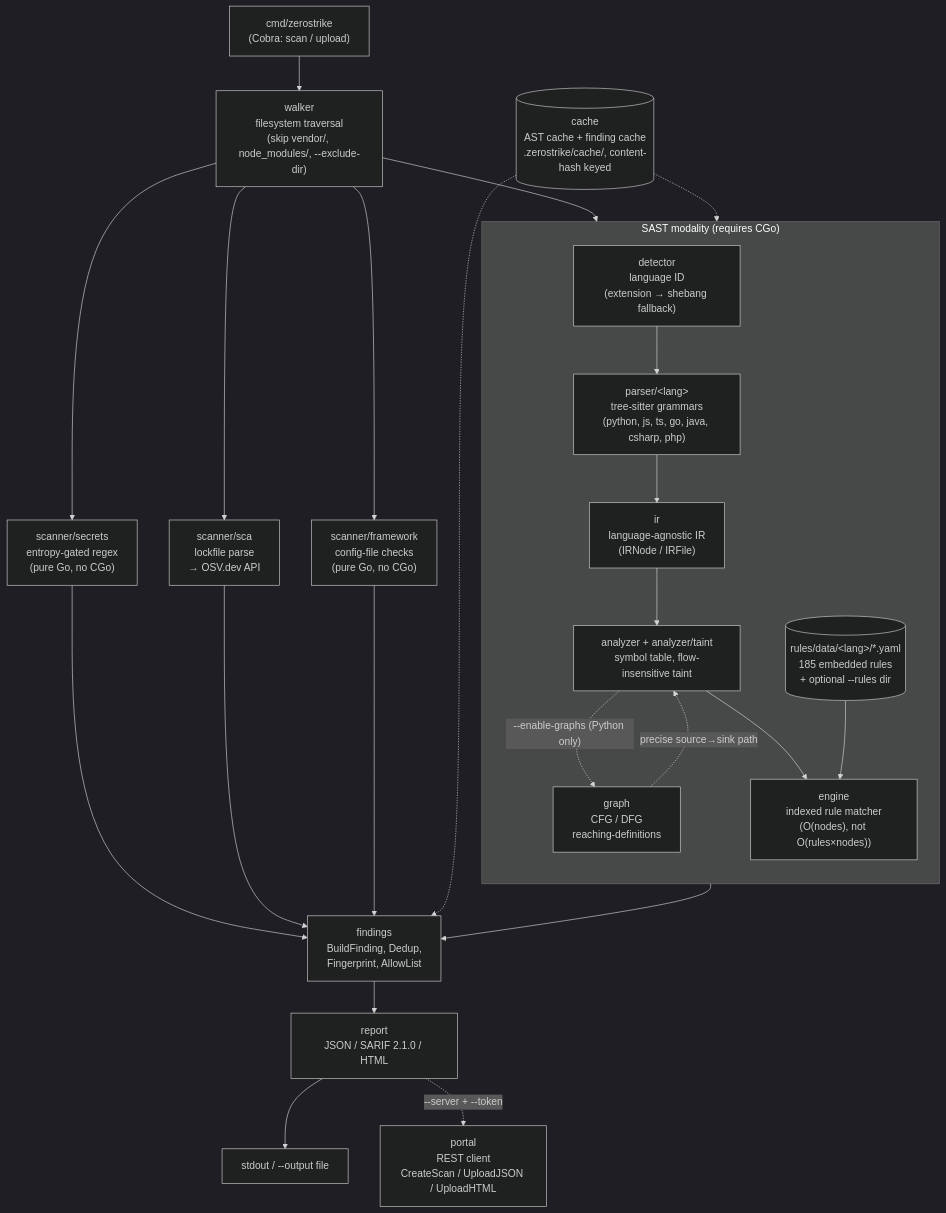
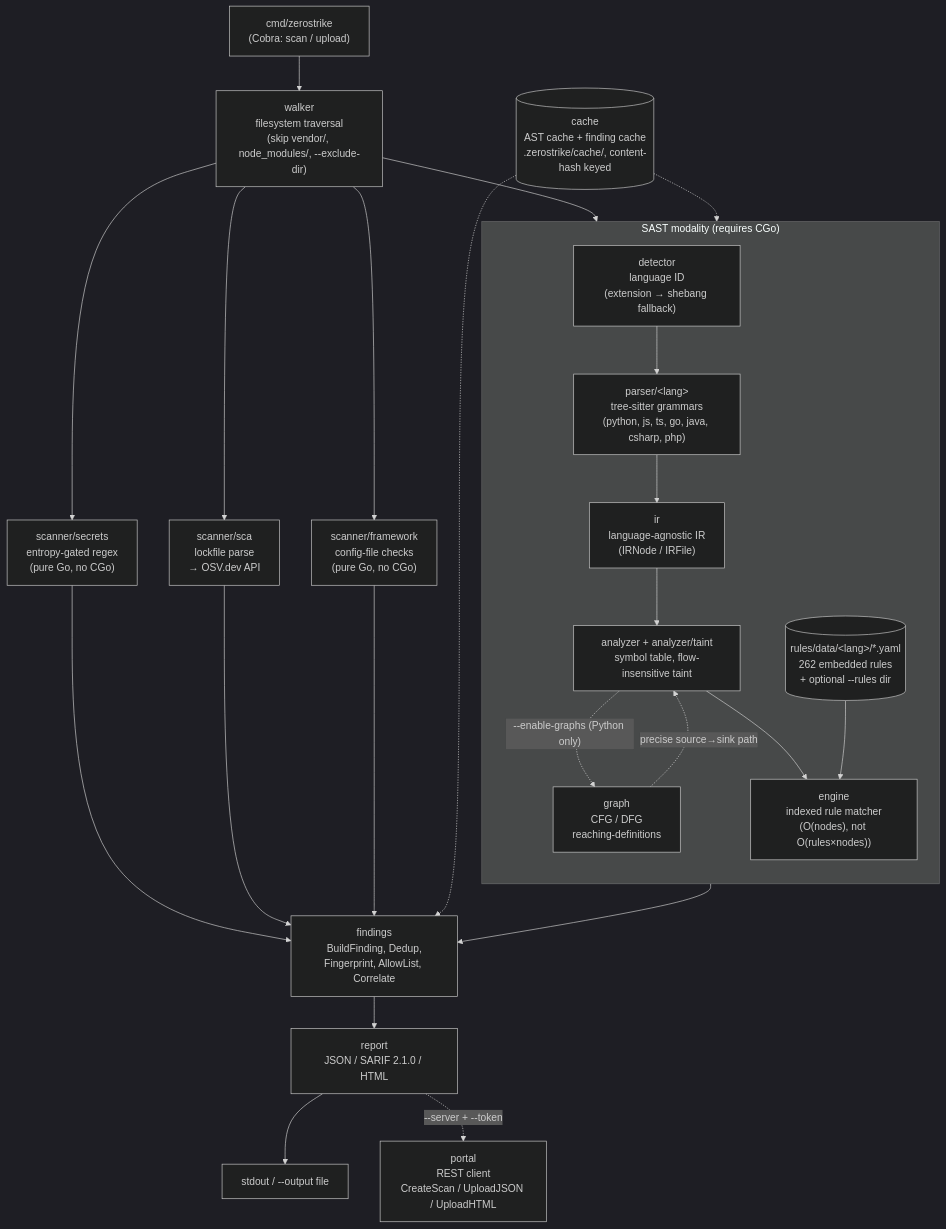
Before and after one commit to Mohamedashmar432/zero-strike-SAST-engine: the diagram in README.md, drawn with Mermaid (dark theme). The commit also changed other lines of this file, not shown here.

````diff
--- a/README.md
+++ b/README.md
@@ -65,35 +66,35 @@
 ```mermaid
 flowchart TD
     CLI["cmd/zerostrike\n(Cobra: scan / upload)"]
 
     CLI --> Walker["walker\nfilesystem traversal\n(skip vendor/, node_modules/, --exclude-dir)"]
 
     Walker --> Detector["detector\nlanguage ID\n(extension → shebang fallback)"]
 
     subgraph SAST["SAST modality (requires CGo)"]
         direction TB
         Detector --> Parser["parser/&lt;lang&gt;\ntree-sitter grammars\n(python, js, ts, go, java, csharp, php)"]
         Parser --> IR["ir\nlanguage-agnostic IR\n(IRNode / IRFile)"]
         IR --> Analyzer["analyzer + analyzer/taint\nsymbol table, flow-insensitive taint"]
         Analyzer -. "--enable-graphs (Python only)" .-> Graph["graph\nCFG / DFG\nreaching-definitions"]
         Graph -. "precise source→sink path" .-> Analyzer
         Analyzer --> Engine["engine\nindexed rule matcher\n(O(nodes), not O(rules×nodes))"]
-        Rules[("rules/data/&lt;lang&gt;/*.yaml\n185 embedded rules\n+ optional --rules dir")] --> Engine
+        Rules[("rules/data/&lt;lang&gt;/*.yaml\n262 embedded rules\n+ optional --rules dir")] --> Engine
     end
 
     Walker --> Secrets["scanner/secrets\nentropy-gated regex\n(pure Go, no CGo)"]
     Walker --> SCA["scanner/sca\nlockfile parse\n→ OSV.dev API"]
     Walker --> Framework["scanner/framework\nconfig-file checks\n(pure Go, no CGo)"]
 
-    Engine --> Findings["findings\nBuildFinding, Dedup,\nFingerprint, AllowList"]
+    Engine --> Findings["findings\nBuildFinding, Dedup,\nFingerprint, AllowList, Correlate"]
     Secrets --> Findings
     SCA --> Findings
     Framework --> Findings
 
     Cache[("cache\nAST cache + finding cache\n.zerostrike/cache/, content-hash keyed")] -.-> Parser
     Cache -.-> Findings
 
     Findings --> Report["report\nJSON / SARIF 2.1.0 / HTML"]
     Report --> Stdout["stdout / --output file"]
     Report -. "--server + --token" .-> Portal["portal\nREST client\nCreateScan / UploadJSON / UploadHTML"]
 ```
````
